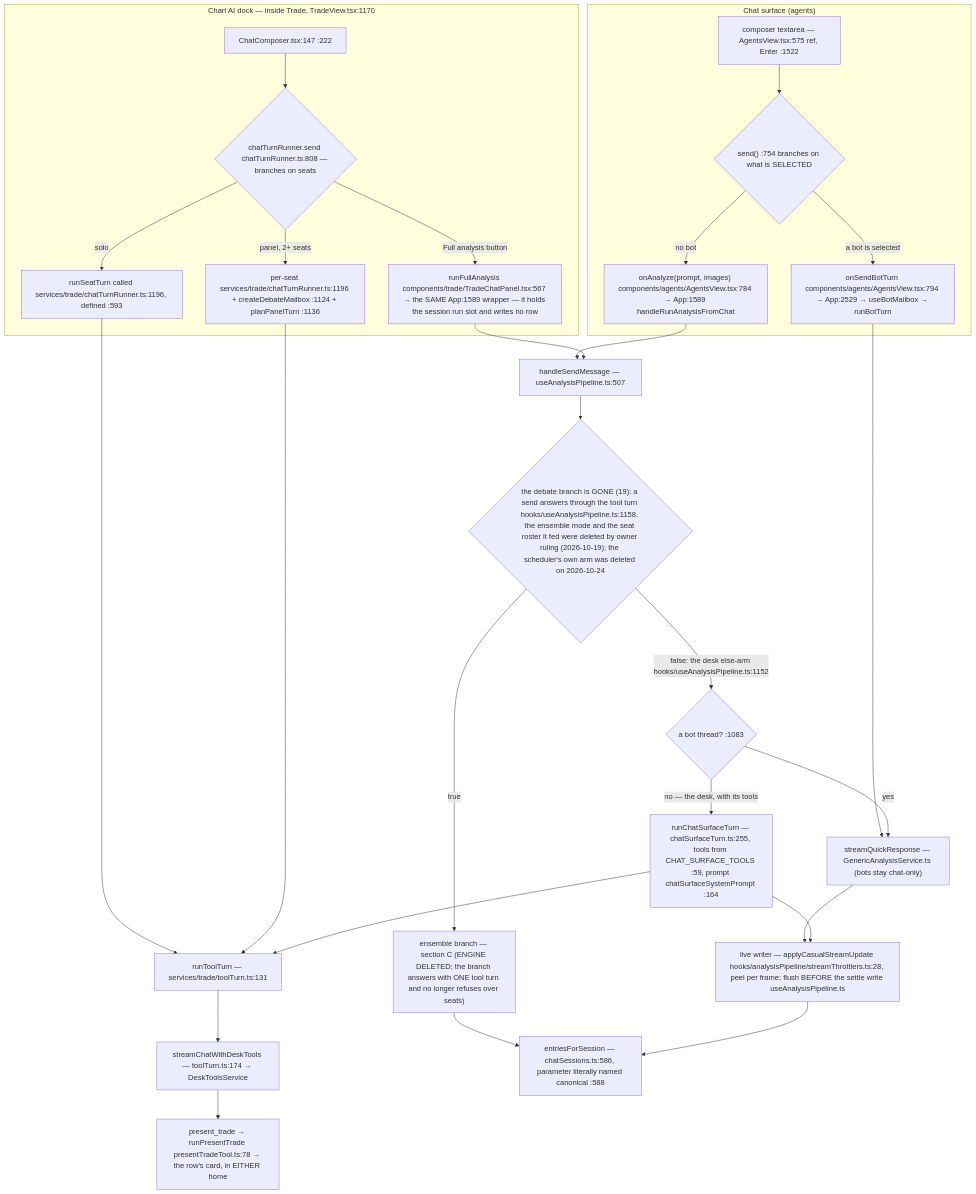
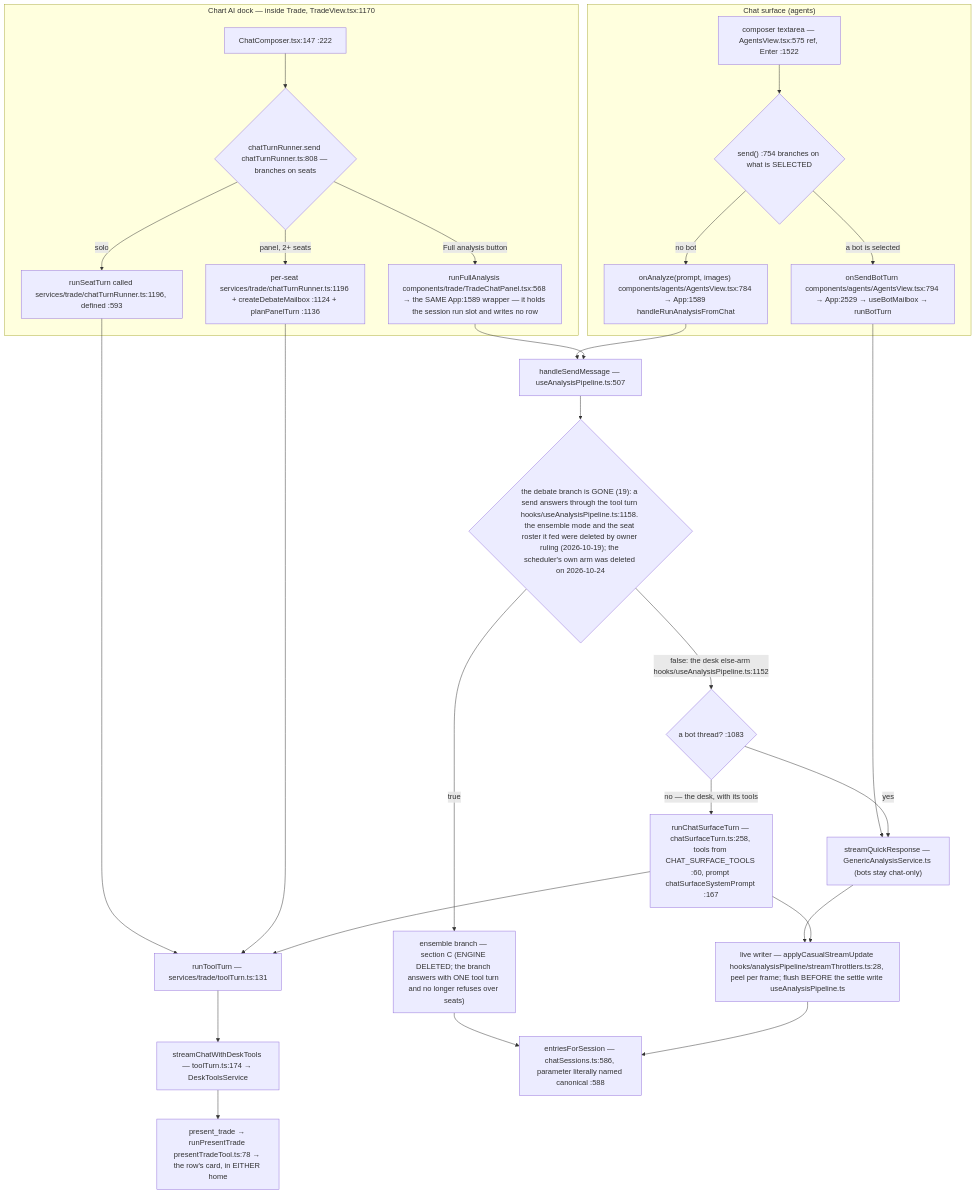
The second of 8 diagrams in docs/app-flow.md (Acepay25/august-3.5), drawn with Mermaid before and after one commit. The commit also changed other lines of this file and 6 other files, not shown here.

````diff
--- a/docs/app-flow.md
+++ b/docs/app-flow.md
@@ -78,31 +78,31 @@
 ```mermaid
 flowchart TD
     subgraph CHAT["Chat surface (agents)"]
         CB["composer textarea — AgentsView.tsx:575 ref, Enter :1522"] --> D1{"send() :754 branches on what is SELECTED"}
         D1 -->|a bot is selected| BOT["onSendBotTurn components/agents/AgentsView.tsx:794 → App:2529 → useBotMailbox → runBotTurn"]
         D1 -->|no bot| AN["onAnalyze(prompt, images) components/agents/AgentsView.tsx:784 → App:1589 handleRunAnalysisFromChat"]
     end
     subgraph DOCK["Chart AI dock — inside Trade, TradeView.tsx:1170"]
         DC["ChatComposer.tsx:147 :222"] --> D2{"chatTurnRunner.send chatTurnRunner.ts:808 — branches on seats"}
         D2 -->|solo| SO["runSeatTurn called services/trade/chatTurnRunner.ts:1196, defined :593"]
         D2 -->|panel, 2+ seats| PN["per-seat services/trade/chatTurnRunner.ts:1196 + createDebateMailbox :1124 + planPanelTurn :1136"]
-        D2 -->|Full analysis button| FA["runFullAnalysis components/trade/TradeChatPanel.tsx:567 → the SAME App:1589 wrapper — it holds the session run slot and writes no row"]
+        D2 -->|Full analysis button| FA["runFullAnalysis components/trade/TradeChatPanel.tsx:568 → the SAME App:1589 wrapper — it holds the session run slot and writes no row"]
     end
     SO --> TT["runToolTurn — services/trade/toolTurn.ts:131"]
     PN --> TT
     TT --> SCDT["streamChatWithDeskTools — toolTurn.ts:174 → DeskToolsService"]
     BOT --> TR["streamQuickResponse — GenericAnalysisService.ts (bots stay chat-only)"]
     AN --> HSM["handleSendMessage — useAnalysisPipeline.ts:507"]
     FA --> HSM
     HSM --> D3{"the debate branch is GONE (19): a send answers through the tool turn hooks/useAnalysisPipeline.ts:1158. the ensemble mode and the seat roster it fed were deleted by owner ruling (2026-10-19); the scheduler's own arm was deleted on 2026-10-24"}
     D3 -->|true| ENS["ensemble branch — section C (ENGINE DELETED; the branch answers with ONE tool turn and no longer refuses over seats)"]
     D3 -->|false: the desk else-arm hooks/useAnalysisPipeline.ts:1152| SPLIT{"a bot thread? :1083"}
     SPLIT -->|yes| TR
-    SPLIT -->|no — the desk, with its tools| CST["runChatSurfaceTurn — chatSurfaceTurn.ts:255, tools from CHAT_SURFACE_TOOLS :59, prompt chatSurfaceSystemPrompt :164"]
+    SPLIT -->|no — the desk, with its tools| CST["runChatSurfaceTurn — chatSurfaceTurn.ts:258, tools from CHAT_SURFACE_TOOLS :60, prompt chatSurfaceSystemPrompt :167"]
     CST --> TT
     TR --> LW["live writer — applyCasualStreamUpdate hooks/analysisPipeline/streamThrottlers.ts:28, peel per frame; flush BEFORE the settle write useAnalysisPipeline.ts"]
     CST --> LW
     ENS --> MERGE
     LW --> MERGE["entriesForSession — chatSessions.ts:586, parameter literally named canonical :588"]
     SCDT --> PT["present_trade → runPresentTrade presentTradeTool.ts:78 → the row's card, in EITHER home"]
 ```
````
